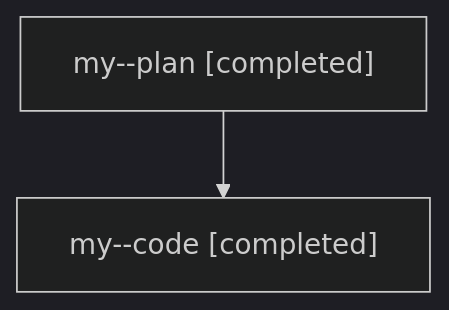
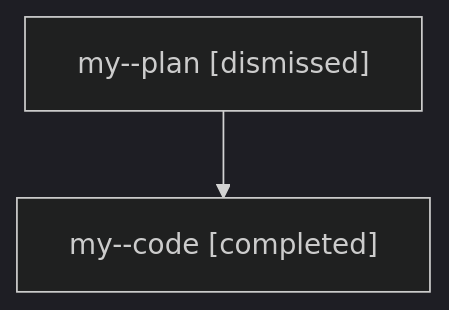
Before and after one commit to sase-org/sase--agents: the diagram in families/bbugyi200.athena.my.md, drawn with Mermaid (dark theme). The commit also changed other lines of this file and 740 other files, not shown here.

````diff
--- a/families/bbugyi200.athena.my.md
+++ b/families/bbugyi200.athena.my.md
@@ -9,6 +9,6 @@
 ```mermaid
 flowchart TD
-  n0["my--plan [completed]"]
+  n0["my--plan [dismissed]"]
   n1["my--code [completed]"]
   n0 --> n1
 ```
````
